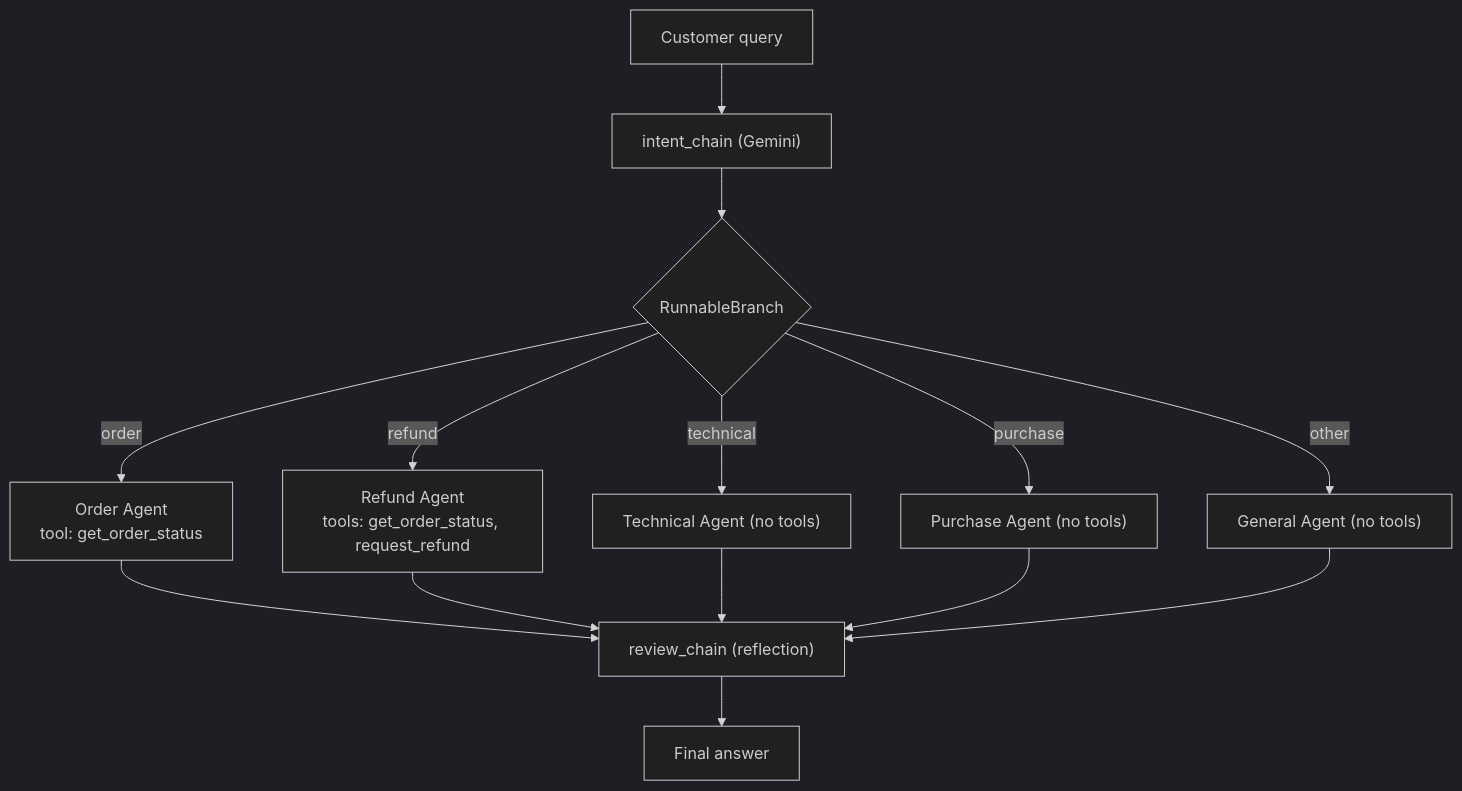
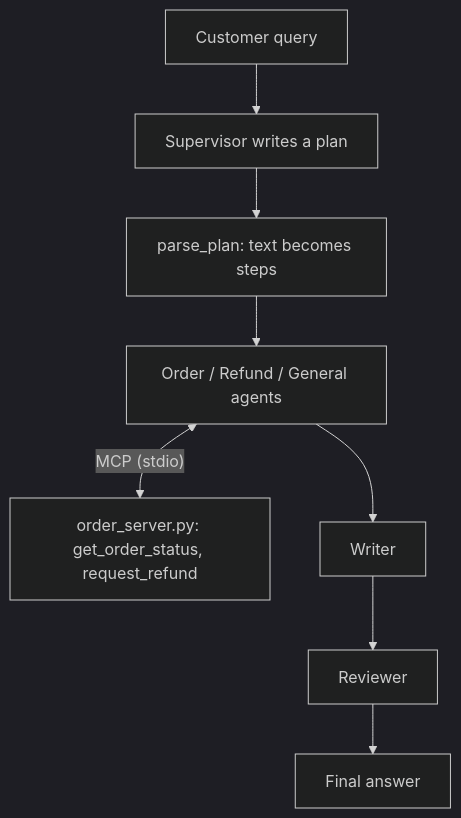
Before and after one commit to asadchughtai08/smart-support-agent: the diagram in README.md, drawn with Mermaid (dark theme). The commit also changed other lines of this file and 1 other file, not shown here.

````diff
--- a/README.md
+++ b/README.md
@@ -26,16 +55,10 @@
 ```mermaid
 flowchart TD
-    A["Customer query"] --> B["intent_chain (Gemini)"]
-    B --> C{"RunnableBranch"}
-    C -->|order| D["Order Agent<br/>tool: get_order_status"]
-    C -->|refund| E["Refund Agent<br/>tools: get_order_status, request_refund"]
-    C -->|technical| F["Technical Agent (no tools)"]
-    C -->|purchase| G["Purchase Agent (no tools)"]
-    C -->|other| H["General Agent (no tools)"]
-    D --> I["review_chain (reflection)"]
-    E --> I
-    F --> I
-    G --> I
-    H --> I
-    I --> J["Final answer"]
+    A["Customer query"] --> B["Supervisor writes a plan"]
+    B --> C["parse_plan: text becomes steps"]
+    C --> D["Order / Refund / General agents"]
+    D <-->|"MCP (stdio)"| E["order_server.py: get_order_status, request_refund"]
+    D --> F["Writer"]
+    F --> G["Reviewer"]
+    G --> H["Final answer"]
 ```
````
